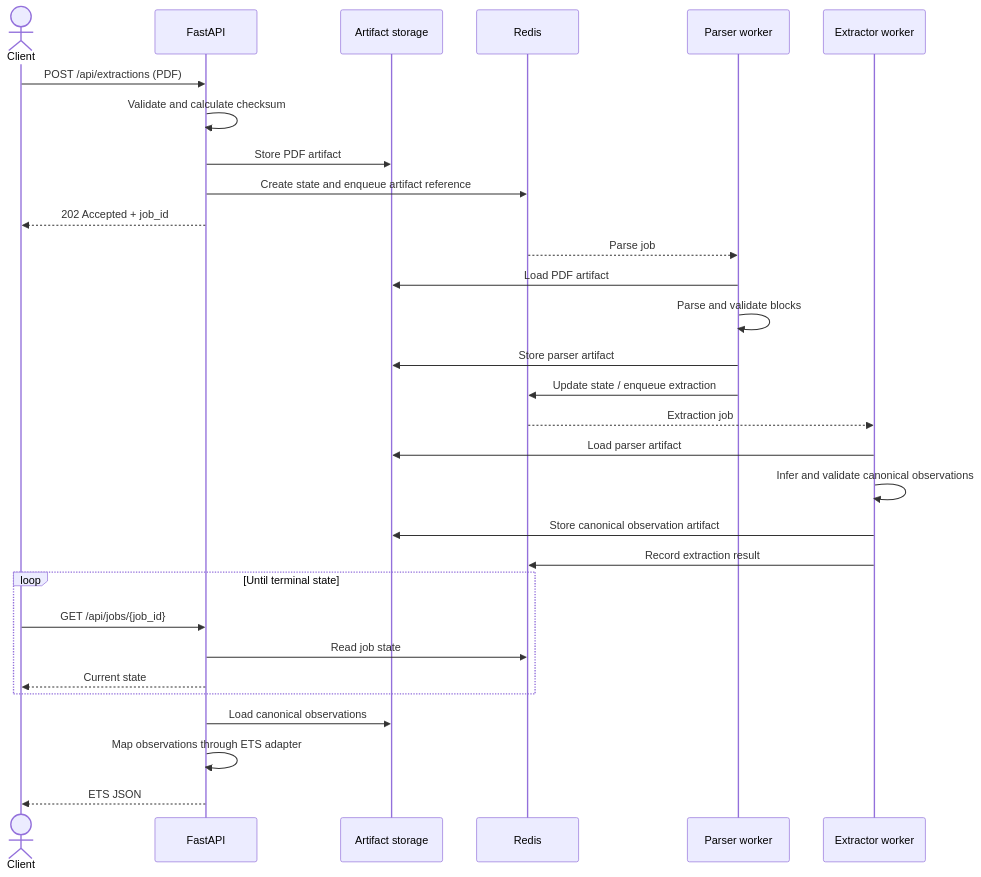
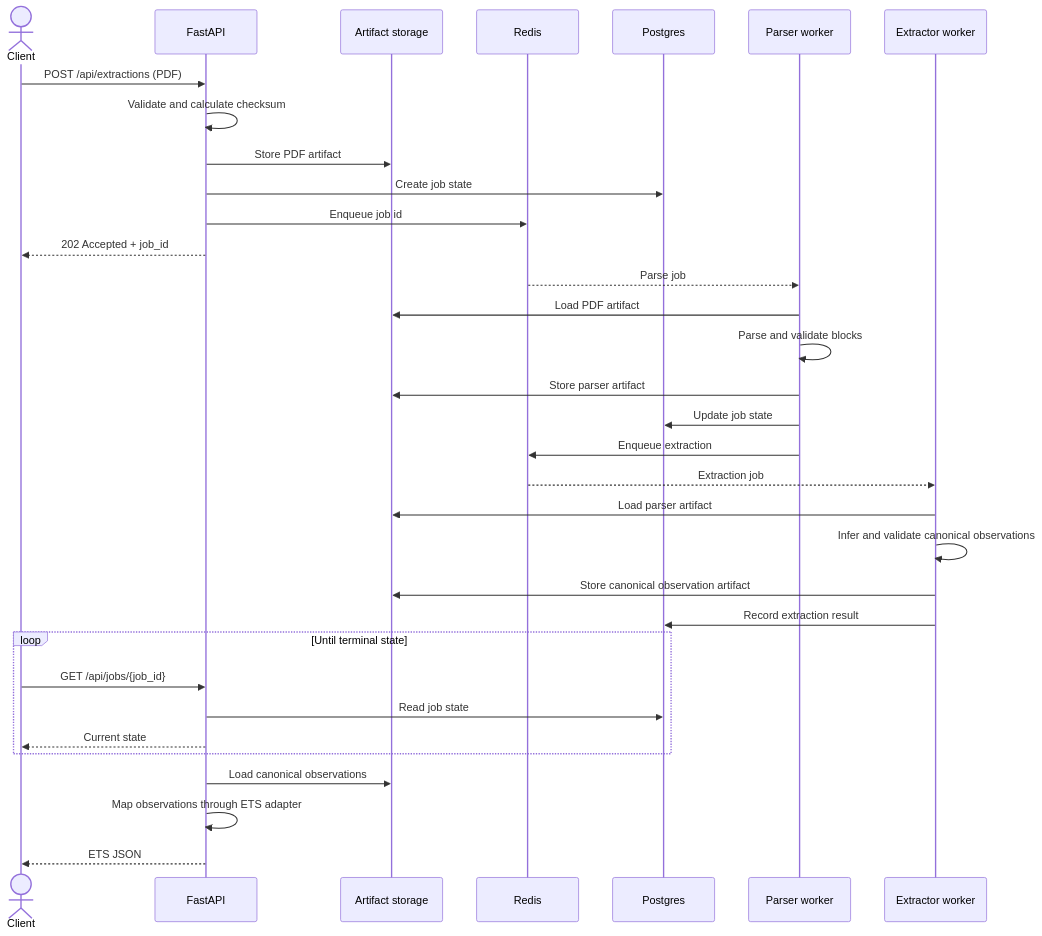
Before and after one commit to BioParser/BioParser: the second of 4 diagrams in docs/architecture.md, drawn with Mermaid. The commit also changed other lines of this file and 47 other files, not shown here.

````diff
--- a/docs/architecture.md
+++ b/docs/architecture.md
@@ -124,37 +126,40 @@
 ```mermaid
 sequenceDiagram
     actor Client
     participant API as FastAPI
     participant Store as Artifact storage
     participant Redis
+    participant Postgres
     participant Parser as Parser worker
     participant Extractor as Extractor worker
 
     Client->>API: POST /api/extractions (PDF)
     API->>API: Validate and calculate checksum
     API->>Store: Store PDF artifact
-    API->>Redis: Create state and enqueue artifact reference
+    API->>Postgres: Create job state
+    API->>Redis: Enqueue job id
     API-->>Client: 202 Accepted + job_id
 
     Redis-->>Parser: Parse job
     Parser->>Store: Load PDF artifact
     Parser->>Parser: Parse and validate blocks
     Parser->>Store: Store parser artifact
-    Parser->>Redis: Update state / enqueue extraction
+    Parser->>Postgres: Update job state
+    Parser->>Redis: Enqueue extraction
 
     Redis-->>Extractor: Extraction job
     Extractor->>Store: Load parser artifact
     Extractor->>Extractor: Infer and validate canonical observations
     Extractor->>Store: Store canonical observation artifact
-    Extractor->>Redis: Record extraction result
+    Extractor->>Postgres: Record extraction result
 
     loop Until terminal state
         Client->>API: GET /api/jobs/{job_id}
-        API->>Redis: Read job state
+        API->>Postgres: Read job state
         API-->>Client: Current state
     end
 
     API->>Store: Load canonical observations
     API->>API: Map observations through ETS adapter
     API-->>Client: ETS JSON
 ```
````
